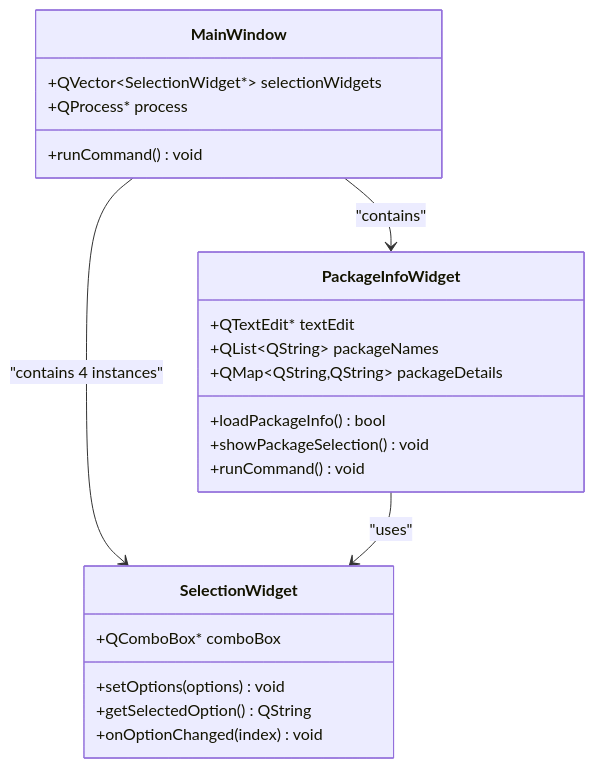
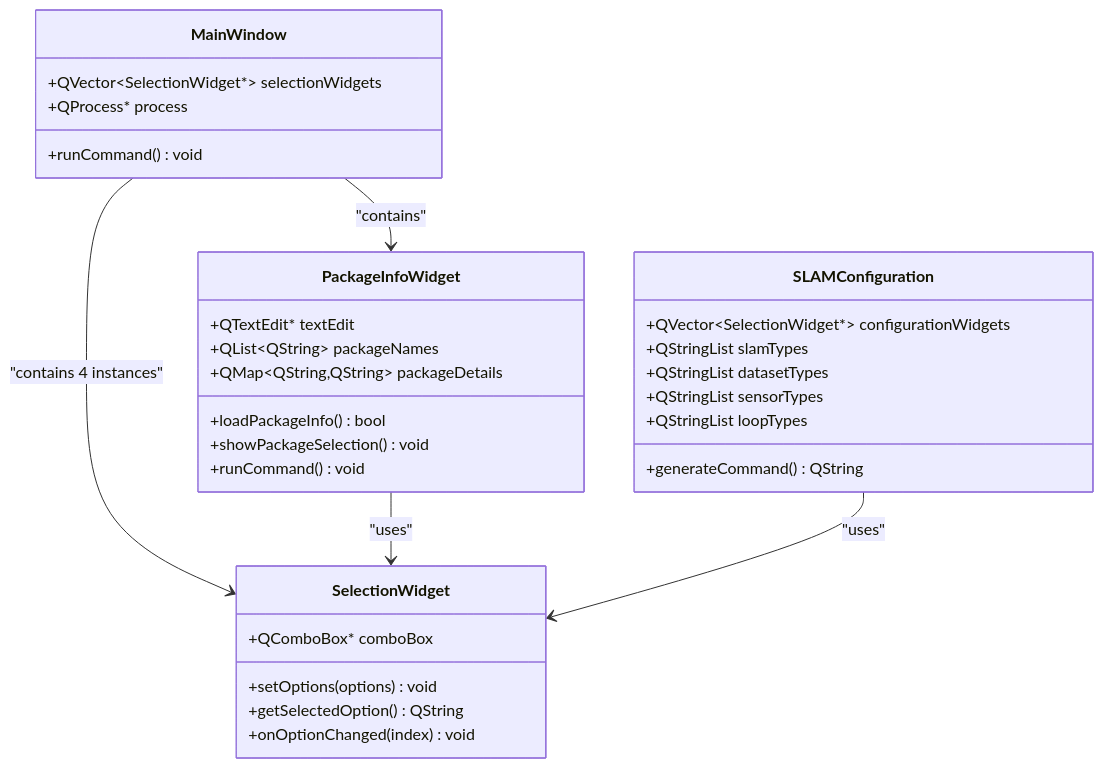
The ninth of 13 diagrams in .qoder/repowiki/zh/content/核心功能/核心功能.md (firestrongarch/install), drawn with Mermaid before and after one commit. The commit also changed other lines of this file and 5 other files, not shown here.

````diff
--- a/.qoder/repowiki/zh/content/核心功能/核心功能.md
+++ b/.qoder/repowiki/zh/content/核心功能/核心功能.md
@@ -261,25 +400,34 @@
 ```mermaid
 classDiagram
 class MainWindow {
 +QVector~SelectionWidget*~ selectionWidgets
 +QProcess* process
 +runCommand() void
 }
 class PackageInfoWidget {
 +QTextEdit* textEdit
 +QList~QString~ packageNames
 +QMap~QString,QString~ packageDetails
 +loadPackageInfo() bool
 +showPackageSelection() void
 +runCommand() void
 }
 class SelectionWidget {
 +QComboBox* comboBox
 +setOptions(options) void
 +getSelectedOption() QString
 +onOptionChanged(index) void
 }
+class SLAMConfiguration {
++QVector~SelectionWidget*~ configurationWidgets
++QStringList slamTypes
++QStringList datasetTypes
++QStringList sensorTypes
++QStringList loopTypes
++generateCommand() QString
+}
 MainWindow --> SelectionWidget : "contains 4 instances"
 MainWindow --> PackageInfoWidget : "contains"
 PackageInfoWidget --> SelectionWidget : "uses"
+SLAMConfiguration --> SelectionWidget : "uses"
 ```
````
